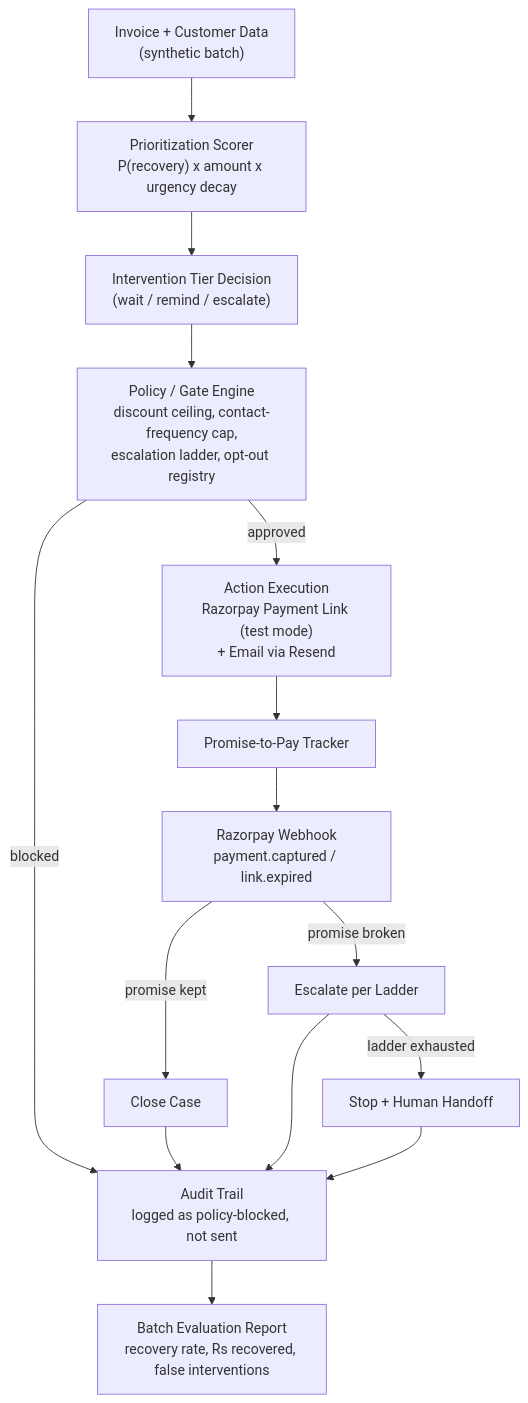
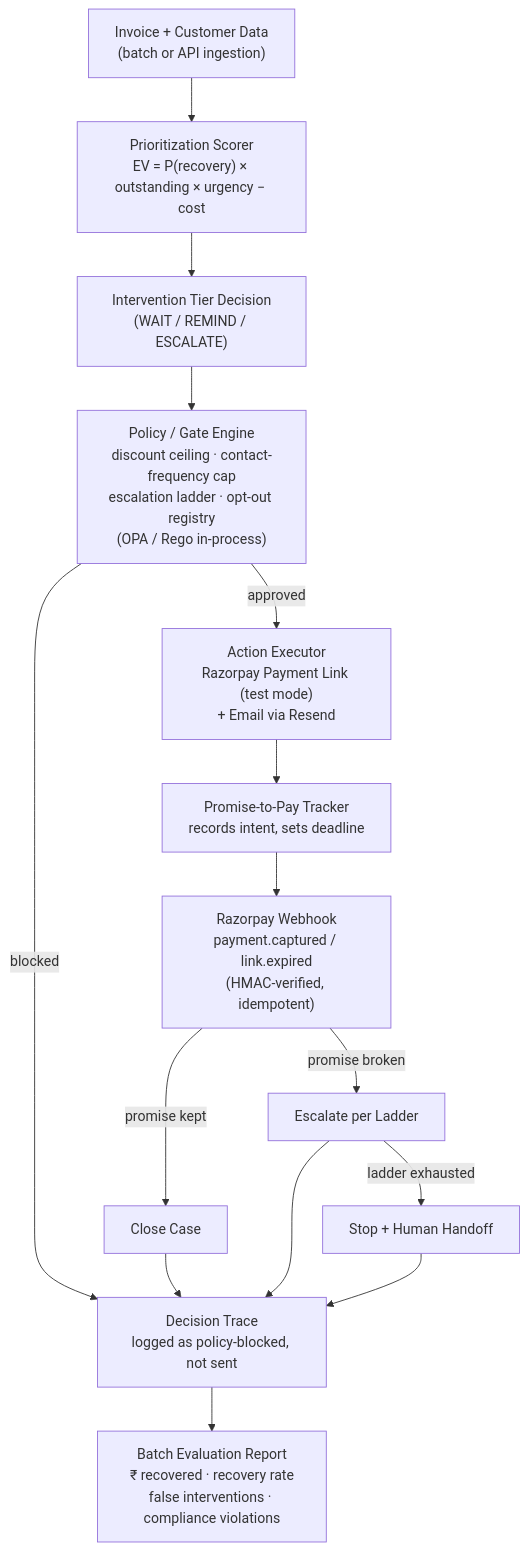
Before and after one commit to Harish-0412/Recoup-Autonomous-B2B-Receivables-Promise-to-Pay-Agent: the diagram in README.md, drawn with Mermaid. The commit also changed other lines of this file and 6 other files, not shown here.

````diff
--- a/README.md
+++ b/README.md
@@ -89,17 +114,17 @@
 ```mermaid
 flowchart TD
-    A["Invoice + Customer Data<br/>(synthetic batch)"] --> B["Prioritization Scorer<br/>P(recovery) x amount x urgency decay"]
-    B --> C["Intervention Tier Decision<br/>(wait / remind / escalate)"]
-    C --> D["Policy / Gate Engine<br/>discount ceiling, contact-frequency cap,<br/>escalation ladder, opt-out registry"]
-    D -->|approved| E["Action Execution<br/>Razorpay Payment Link (test mode)<br/>+ Email via Resend"]
-    D -->|blocked| L["Audit Trail<br/>logged as policy-blocked, not sent"]
-    E --> F["Promise-to-Pay Tracker"]
-    F --> G["Razorpay Webhook<br/>payment.captured / link.expired"]
+    A["Invoice + Customer Data<br/>(batch or API ingestion)"] --> B["Prioritization Scorer<br/>EV = P(recovery) × outstanding × urgency − cost"]
+    B --> C["Intervention Tier Decision<br/>(WAIT / REMIND / ESCALATE)"]
+    C --> D["Policy / Gate Engine<br/>discount ceiling · contact-frequency cap<br/>escalation ladder · opt-out registry<br/>(OPA / Rego in-process)"]
+    D -->|approved| E["Action Executor<br/>Razorpay Payment Link (test mode)<br/>+ Email via Resend"]
+    D -->|blocked| L["Decision Trace<br/>logged as policy-blocked, not sent"]
+    E --> F["Promise-to-Pay Tracker<br/>records intent, sets deadline"]
+    F --> G["Razorpay Webhook<br/>payment.captured / link.expired<br/>(HMAC-verified, idempotent)"]
     G -->|promise kept| H["Close Case"]
     G -->|promise broken| I["Escalate per Ladder"]
     I -->|ladder exhausted| J["Stop + Human Handoff"]
     H --> L
     I --> L
     J --> L
-    L --> K["Batch Evaluation Report<br/>recovery rate, Rs recovered, false interventions"]
+    L --> K["Batch Evaluation Report<br/>₹ recovered · recovery rate<br/>false interventions · compliance violations"]
 ```
````
